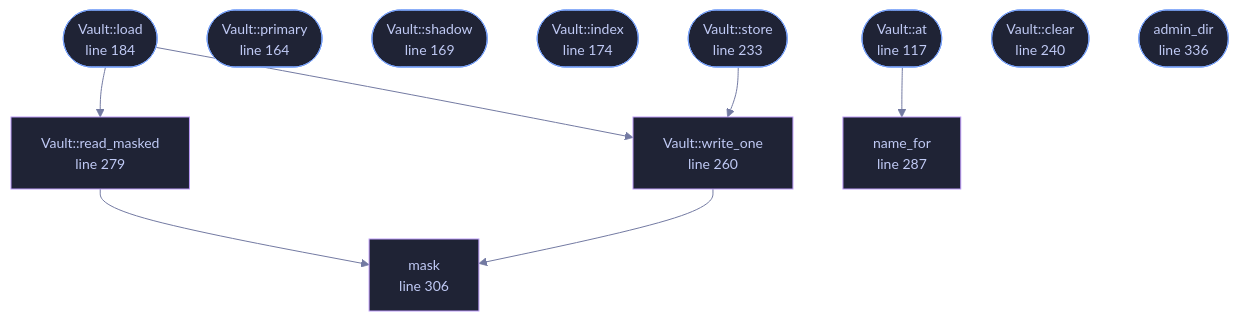
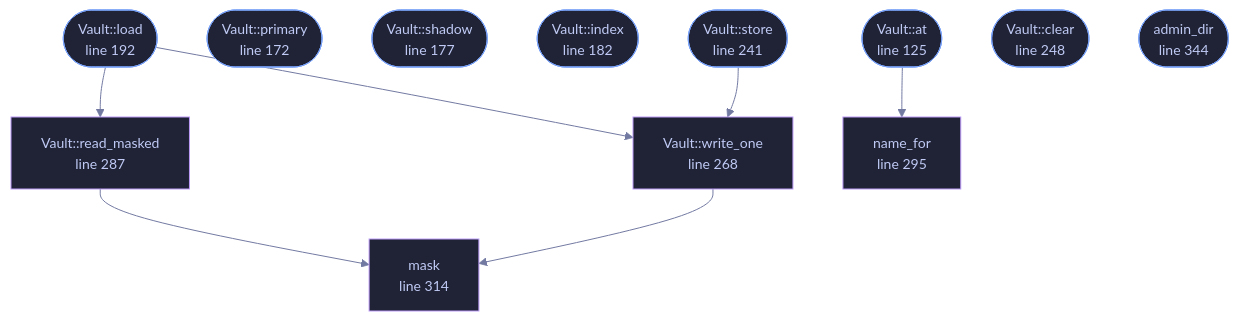
One commit to tilas01/veilvoice changed the diagram in docs/files/veilvoice-crypto/vault.md. Above: the diagram before and after it, drawn with Mermaid. The commit also changed other lines of this file and 130 other files, not shown here.

````diff
--- a/docs/files/veilvoice-crypto/vault.md
+++ b/docs/files/veilvoice-crypto/vault.md
@@ -119,38 +119,38 @@
 ```mermaid
 %%{init: {"theme":"base","themeVariables":{"background":"#1a1b26","primaryColor":"#1f2335","primaryTextColor":"#c0caf5","primaryBorderColor":"#7aa2f7","secondaryColor":"#16161e","tertiaryColor":"#16161e","lineColor":"#737aa2","textColor":"#c0caf5","mainBkg":"#1f2335","nodeBorder":"#7aa2f7","clusterBkg":"#16161e","clusterBorder":"#2f3549","fontFamily":"ui-monospace, SFMono-Regular, Consolas, monospace","fontSize":"14px"}}}%%
 flowchart TD
-    n_at(["Vault::at<br/>line 117"])
-    n_primary(["Vault::primary<br/>line 164"])
-    n_shadow(["Vault::shadow<br/>line 169"])
-    n_index(["Vault::index<br/>line 174"])
-    n_load(["Vault::load<br/>line 184"])
-    n_store(["Vault::store<br/>line 233"])
-    n_clear(["Vault::clear<br/>line 240"])
-    n_write_one["Vault::write_one<br/>line 260"]
-    n_read_masked["Vault::read_masked<br/>line 279"]
-    n_name_for["name_for<br/>line 287"]
-    n_mask["mask<br/>line 306"]
-    n_admin_dir(["admin_dir<br/>line 336"])
+    n_at(["Vault::at<br/>line 125"])
+    n_primary(["Vault::primary<br/>line 172"])
+    n_shadow(["Vault::shadow<br/>line 177"])
+    n_index(["Vault::index<br/>line 182"])
+    n_load(["Vault::load<br/>line 192"])
+    n_store(["Vault::store<br/>line 241"])
+    n_clear(["Vault::clear<br/>line 248"])
+    n_write_one["Vault::write_one<br/>line 268"]
+    n_read_masked["Vault::read_masked<br/>line 287"]
+    n_name_for["name_for<br/>line 295"]
+    n_mask["mask<br/>line 314"]
+    n_admin_dir(["admin_dir<br/>line 344"])
     n_at --> n_name_for
     n_load --> n_read_masked
     n_load --> n_write_one
     n_read_masked --> n_mask
     n_store --> n_write_one
     n_write_one --> n_mask
-    click n_at href "https://github.com/tilas01/veilvoice/blob/main/crates/veilvoice-crypto/src/vault.rs#L117" "open the source"
-    click n_primary href "https://github.com/tilas01/veilvoice/blob/main/crates/veilvoice-crypto/src/vault.rs#L164" "open the source"
-    click n_shadow href "https://github.com/tilas01/veilvoice/blob/main/crates/veilvoice-crypto/src/vault.rs#L169" "open the source"
-    click n_index href "https://github.com/tilas01/veilvoice/blob/main/crates/veilvoice-crypto/src/vault.rs#L174" "open the source"
-    click n_load href "https://github.com/tilas01/veilvoice/blob/main/crates/veilvoice-crypto/src/vault.rs#L184" "open the source"
-    click n_store href "https://github.com/tilas01/veilvoice/blob/main/crates/veilvoice-crypto/src/vault.rs#L233" "open the source"
-    click n_clear href "https://github.com/tilas01/veilvoice/blob/main/crates/veilvoice-crypto/src/vault.rs#L240" "open the source"
-    click n_write_one href "https://github.com/tilas01/veilvoice/blob/main/crates/veilvoice-crypto/src/vault.rs#L260" "open the source"
-    click n_read_masked href "https://github.com/tilas01/veilvoice/blob/main/crates/veilvoice-crypto/src/vault.rs#L279" "open the source"
-    click n_name_for href "https://github.com/tilas01/veilvoice/blob/main/crates/veilvoice-crypto/src/vault.rs#L287" "open the source"
-    click n_mask href "https://github.com/tilas01/veilvoice/blob/main/crates/veilvoice-crypto/src/vault.rs#L306" "open the source"
-    click n_admin_dir href "https://github.com/tilas01/veilvoice/blob/main/crates/veilvoice-crypto/src/vault.rs#L336" "open the source"
+    click n_at href "https://github.com/tilas01/veilvoice/blob/main/crates/veilvoice-crypto/src/vault.rs#L125" "open the source"
+    click n_primary href "https://github.com/tilas01/veilvoice/blob/main/crates/veilvoice-crypto/src/vault.rs#L172" "open the source"
+    click n_shadow href "https://github.com/tilas01/veilvoice/blob/main/crates/veilvoice-crypto/src/vault.rs#L177" "open the source"
+    click n_index href "https://github.com/tilas01/veilvoice/blob/main/crates/veilvoice-crypto/src/vault.rs#L182" "open the source"
+    click n_load href "https://github.com/tilas01/veilvoice/blob/main/crates/veilvoice-crypto/src/vault.rs#L192" "open the source"
+    click n_store href "https://github.com/tilas01/veilvoice/blob/main/crates/veilvoice-crypto/src/vault.rs#L241" "open the source"
+    click n_clear href "https://github.com/tilas01/veilvoice/blob/main/crates/veilvoice-crypto/src/vault.rs#L248" "open the source"
+    click n_write_one href "https://github.com/tilas01/veilvoice/blob/main/crates/veilvoice-crypto/src/vault.rs#L268" "open the source"
+    click n_read_masked href "https://github.com/tilas01/veilvoice/blob/main/crates/veilvoice-crypto/src/vault.rs#L287" "open the source"
+    click n_name_for href "https://github.com/tilas01/veilvoice/blob/main/crates/veilvoice-crypto/src/vault.rs#L295" "open the source"
+    click n_mask href "https://github.com/tilas01/veilvoice/blob/main/crates/veilvoice-crypto/src/vault.rs#L314" "open the source"
+    click n_admin_dir href "https://github.com/tilas01/veilvoice/blob/main/crates/veilvoice-crypto/src/vault.rs#L344" "open the source"
     classDef entry fill:#1f2335,stroke:#7aa2f7,color:#c0caf5
     class n_at,n_primary,n_shadow,n_index,n_load,n_store,n_clear,n_admin_dir entry
     classDef helper fill:#1f2335,stroke:#bb9af7,color:#c0caf5
     class n_write_one,n_read_masked,n_name_for,n_mask helper
 ```
````
